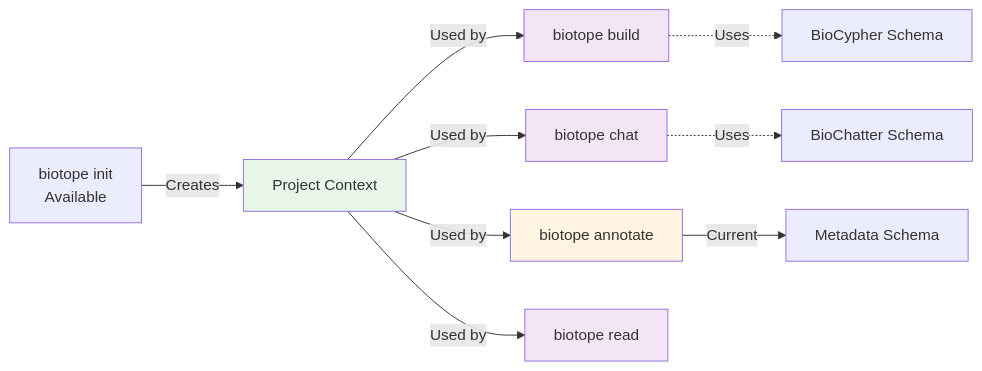
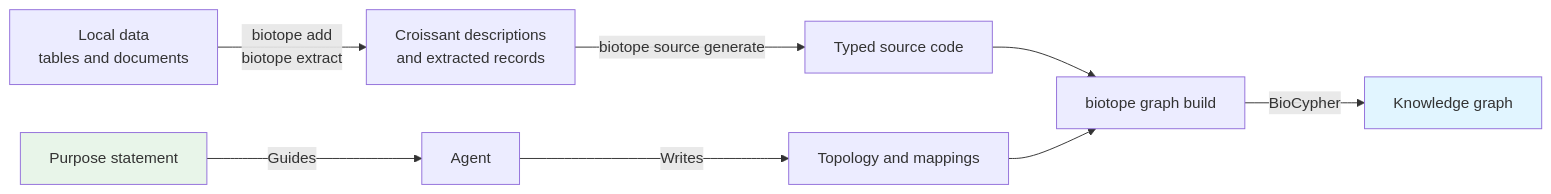
One commit to biocypher/documentation changed the third of 4 diagrams in docs/philosophy.md. Above: the diagram before and after it, drawn with Mermaid. The commit also changed other lines of this file and 3 other files, not shown here.

````diff
--- a/docs/philosophy.md
+++ b/docs/philosophy.md
@@ -143,18 +122,13 @@
 ```mermaid
-graph LR
-    A[biotope init<br/>Available] -->|Creates| B[Project Context]
-    B -->|Used by| C[biotope build]
-    B -->|Used by| D[biotope chat]
-    B -->|Used by| E[biotope annotate]
-    B -->|Used by| F[biotope read]
-    
-    C -.->|Uses| G[BioCypher Schema]
-    D -.->|Uses| H[BioChatter Schema]
-    E -->|Current| I[Metadata Schema]
-    
-    style B fill:#e8f5e9
-    style E fill:#fff4e1
-    style C fill:#f3e5f5
-    style D fill:#f3e5f5
-    style F fill:#f3e5f5
+flowchart LR
+    P[Purpose statement] -->|Guides| A[Agent]
+    D[Local data<br/>tables and documents] -->|biotope add<br/>biotope extract| C[Croissant descriptions<br/>and extracted records]
+    C -->|biotope source generate| S[Typed source code]
+    A -->|Writes| M[Topology and mappings]
+    S --> B[biotope graph build]
+    M --> B
+    B -->|BioCypher| G[Knowledge graph]
+
+    style P fill:#e8f5e9
+    style G fill:#e1f5ff
 ```
````
